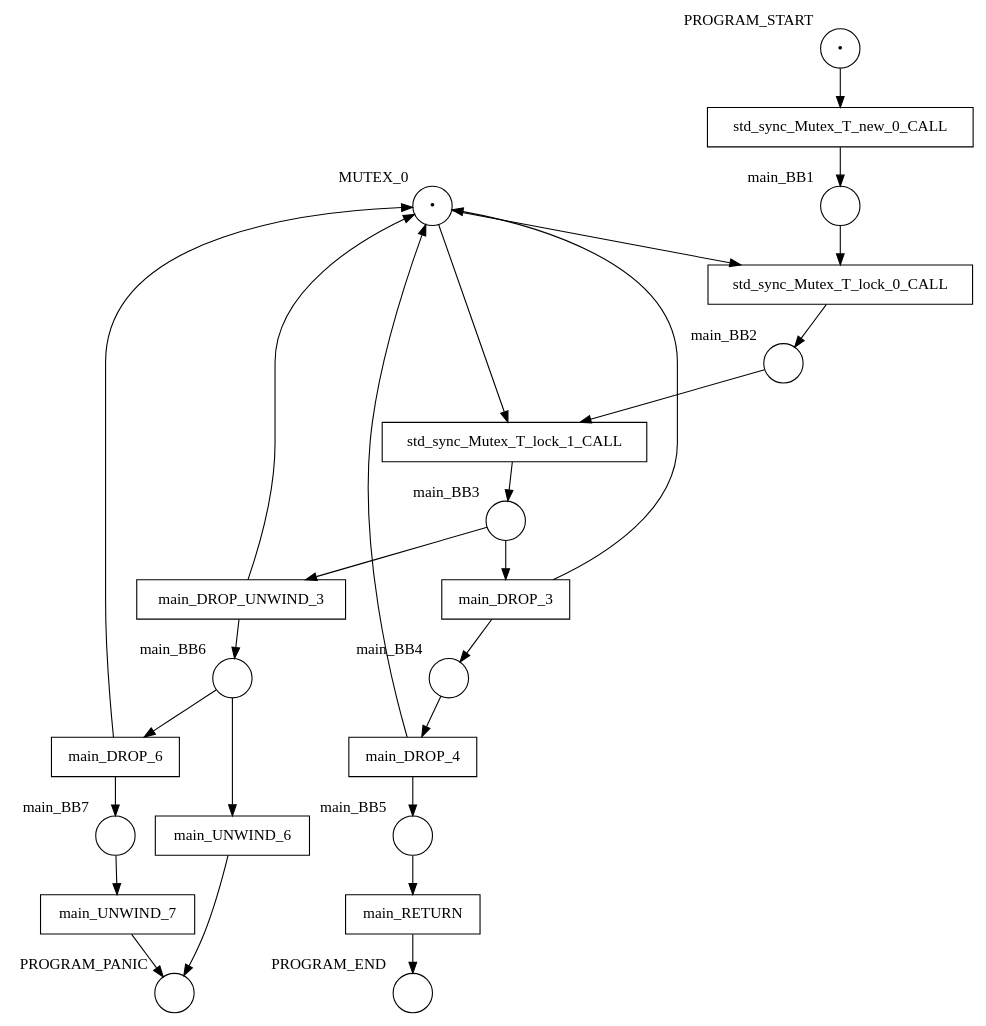
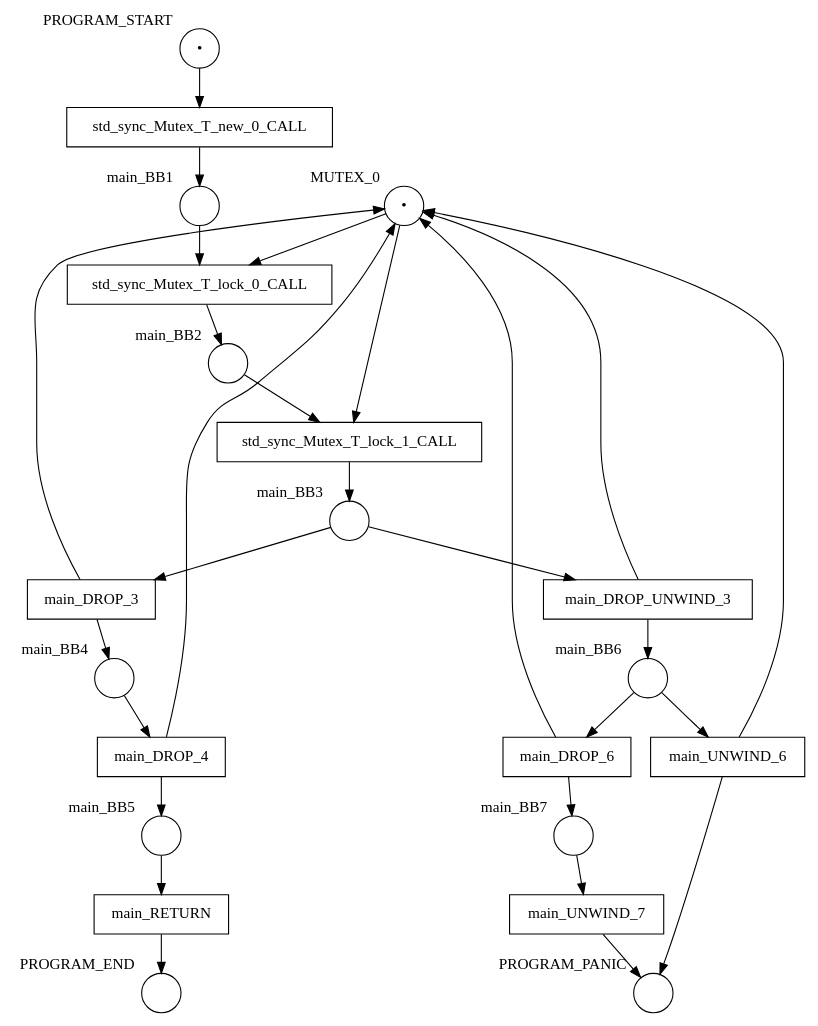
The diagram in examples/results/mutex/double_lock_deadlock/net.dot (hlisdero/cargo-check-deadlock), drawn with Graphviz before and after one commit. The commit also changed 20 other files, not shown here.

```diff
--- a/examples/results/mutex/double_lock_deadlock/net.dot
+++ b/examples/results/mutex/double_lock_deadlock/net.dot
@@ -1,49 +1,50 @@
 digraph petrinet {
     MUTEX_0 [shape="circle" xlabel="MUTEX_0" label="•"];
     PROGRAM_END [shape="circle" xlabel="PROGRAM_END" label=""];
     PROGRAM_PANIC [shape="circle" xlabel="PROGRAM_PANIC" label=""];
     PROGRAM_START [shape="circle" xlabel="PROGRAM_START" label="•"];
     main_BB1 [shape="circle" xlabel="main_BB1" label=""];
     main_BB2 [shape="circle" xlabel="main_BB2" label=""];
     main_BB3 [shape="circle" xlabel="main_BB3" label=""];
     main_BB4 [shape="circle" xlabel="main_BB4" label=""];
     main_BB5 [shape="circle" xlabel="main_BB5" label=""];
     main_BB6 [shape="circle" xlabel="main_BB6" label=""];
     main_BB7 [shape="circle" xlabel="main_BB7" label=""];
     main_DROP_3 [shape="box" xlabel="" label="main_DROP_3"];
     main_DROP_4 [shape="box" xlabel="" label="main_DROP_4"];
     main_DROP_6 [shape="box" xlabel="" label="main_DROP_6"];
     main_DROP_UNWIND_3 [shape="box" xlabel="" label="main_DROP_UNWIND_3"];
     main_RETURN [shape="box" xlabel="" label="main_RETURN"];
     main_UNWIND_6 [shape="box" xlabel="" label="main_UNWIND_6"];
     main_UNWIND_7 [shape="box" xlabel="" label="main_UNWIND_7"];
     std_sync_Mutex_T_lock_0_CALL [shape="box" xlabel="" label="std_sync_Mutex_T_lock_0_CALL"];
     std_sync_Mutex_T_lock_1_CALL [shape="box" xlabel="" label="std_sync_Mutex_T_lock_1_CALL"];
     std_sync_Mutex_T_new_0_CALL [shape="box" xlabel="" label="std_sync_Mutex_T_new_0_CALL"];
     MUTEX_0 -> std_sync_Mutex_T_lock_0_CALL;
     MUTEX_0 -> std_sync_Mutex_T_lock_1_CALL;
     PROGRAM_START -> std_sync_Mutex_T_new_0_CALL;
     main_BB1 -> std_sync_Mutex_T_lock_0_CALL;
     main_BB2 -> std_sync_Mutex_T_lock_1_CALL;
     main_BB3 -> main_DROP_3;
     main_BB3 -> main_DROP_UNWIND_3;
     main_BB4 -> main_DROP_4;
     main_BB5 -> main_RETURN;
     main_BB6 -> main_DROP_6;
     main_BB6 -> main_UNWIND_6;
     main_BB7 -> main_UNWIND_7;
     main_DROP_3 -> MUTEX_0;
     main_DROP_3 -> main_BB4;
     main_DROP_4 -> MUTEX_0;
     main_DROP_4 -> main_BB5;
     main_DROP_6 -> MUTEX_0;
     main_DROP_6 -> main_BB7;
     main_DROP_UNWIND_3 -> MUTEX_0;
     main_DROP_UNWIND_3 -> main_BB6;
     main_RETURN -> PROGRAM_END;
+    main_UNWIND_6 -> MUTEX_0;
     main_UNWIND_6 -> PROGRAM_PANIC;
     main_UNWIND_7 -> PROGRAM_PANIC;
     std_sync_Mutex_T_lock_0_CALL -> main_BB2;
     std_sync_Mutex_T_lock_1_CALL -> main_BB3;
     std_sync_Mutex_T_new_0_CALL -> main_BB1;
 }
```
